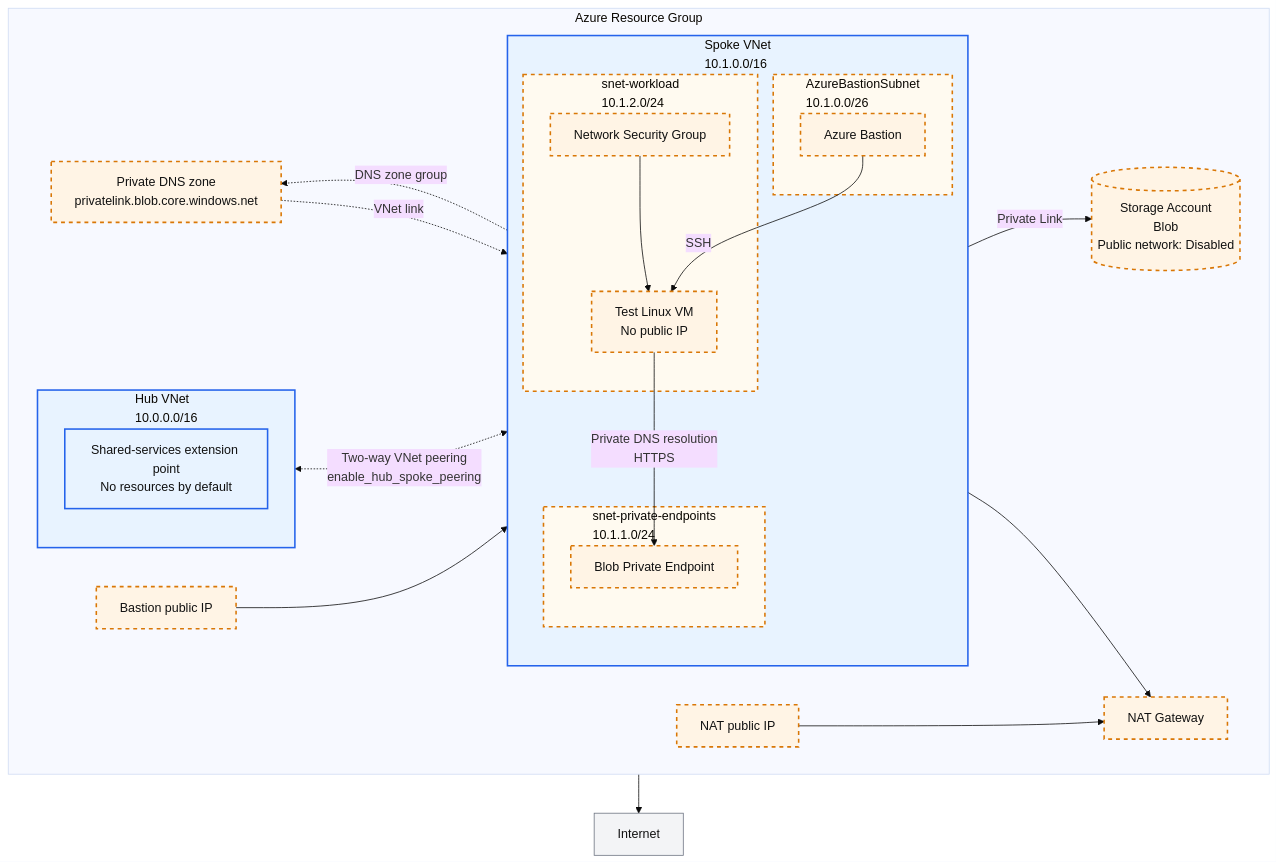
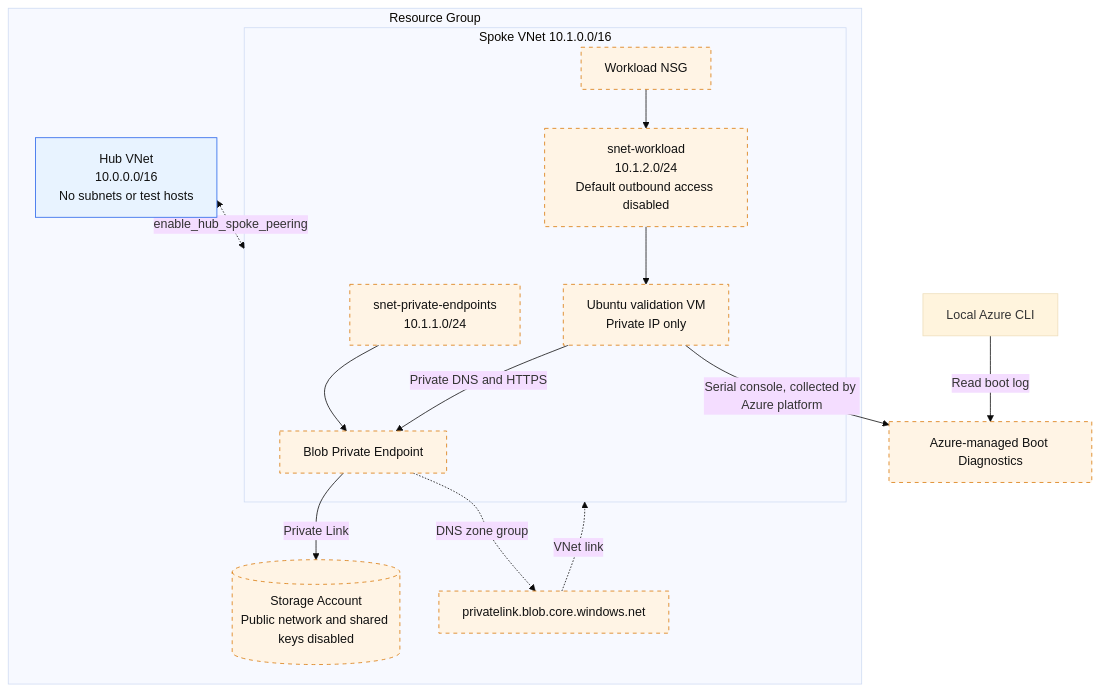
Before and after one commit to ks6088ts/template-terraform: the diagram in infra/scenarios/azure_hub_spoke/README.md, drawn with Mermaid (base theme). The commit also changed other lines of this file and 16 other files, not shown here.

First line of the commit message:
Refactor Azure Hub-Spoke Scenario: Remove Bastion and NAT Gateway, Enhance VM Connectivity Validation

````diff
--- a/infra/scenarios/azure_hub_spoke/README.md
+++ b/infra/scenarios/azure_hub_spoke/README.md
@@ -31,64 +21,32 @@
 ```mermaid
 flowchart TB
-    subgraph RG["Azure Resource Group"]
-        direction LR
+    subgraph RG["Resource Group"]
+        Hub["Hub VNet<br/>10.0.0.0/16<br/>No subnets or test hosts"]
+        subgraph Spoke["Spoke VNet 10.1.0.0/16"]
+            PESubnet["snet-private-endpoints<br/>10.1.1.0/24"]
+            PE["Blob Private Endpoint"]
+            Workload["snet-workload<br/>10.1.2.0/24<br/>Default outbound access disabled"]
+            NSG["Workload NSG"]
+            VM["Ubuntu validation VM<br/>Private IP only"]
+            PESubnet --> PE
+            Workload --> VM
+            NSG --> Workload
+        end
+        Storage[("Storage Account<br/>Public network and shared keys disabled")]
+        DNS["privatelink.blob.core.windows.net"]
+    end
+    Diagnostics["Azure-managed Boot Diagnostics"]
+    CLI["Local Azure CLI"]
+    Hub <-. "enable_hub_spoke_peering" .-> Spoke
+    DNS -. "VNet link" .-> Spoke
+    PE -. "DNS zone group" .-> DNS
+    PE -->|"Private Link"| Storage
+    VM -->|"Private DNS and HTTPS"| PE
+    VM -->|"Serial console, collected by Azure platform"| Diagnostics
+    CLI -->|"Read boot log"| Diagnostics
 
-        subgraph Hub["Hub VNet<br/>10.0.0.0/16"]
-            HubExtension["Shared-services extension point<br/>No resources by default"]
-        end
-
-        subgraph Spoke["Spoke VNet<br/>10.1.0.0/16"]
-            direction TB
-
-            subgraph PESubnet["snet-private-endpoints<br/>10.1.1.0/24"]
-                PE["Blob Private Endpoint"]
-            end
-
-            subgraph WorkloadSubnet["snet-workload<br/>10.1.2.0/24"]
-                NSG["Network Security Group"]
-                VM["Test Linux VM<br/>No public IP"]
-                NSG --> VM
-            end
-
-            subgraph BastionSubnet["AzureBastionSubnet<br/>10.1.0.0/26"]
-                Bastion["Azure Bastion"]
-            end
-        end
-
-        Storage[("Storage Account<br/>Blob<br/>Public network: Disabled")]
-        PrivateDNS["Private DNS zone<br/>privatelink.blob.core.windows.net"]
-        BastionPIP["Bastion public IP"]
-        NAT["NAT Gateway"]
-        NATPIP["NAT public IP"]
-    end
-
-    Internet["Internet"]
-
-    Hub <-. "Two-way VNet peering<br/>enable_hub_spoke_peering" .-> Spoke
-
-    PE -->|"Private Link"| Storage
-    PE -. "DNS zone group" .-> PrivateDNS
-    PrivateDNS -. "VNet link" .-> Spoke
-    VM -->|"Private DNS resolution<br/>HTTPS"| PE
-
-    BastionPIP --> Bastion
-    Bastion -->|"SSH"| VM
-
-    VM --> NAT
-    NATPIP --> NAT
-    NAT --> Internet
-
-    classDef defaultResource fill:#e8f3ff,stroke:#2563eb,stroke-width:2px,color:#111;
-    classDef optionalResource fill:#fff4e5,stroke:#d97706,stroke-width:2px,stroke-dasharray:5 5,color:#111;
-    classDef externalResource fill:#f3f4f6,stroke:#6b7280,stroke-width:1px,color:#111;
-
-    class HubExtension defaultResource;
-    class PE,NSG,VM,Bastion,Storage,PrivateDNS,BastionPIP,NAT,NATPIP optionalResource;
-    class Internet externalResource;
-
-    style Hub fill:#e8f3ff,stroke:#2563eb,stroke-width:2px
-    style Spoke fill:#e8f3ff,stroke:#2563eb,stroke-width:2px
-    style PESubnet fill:#fffaf0,stroke:#d97706,stroke-width:2px,stroke-dasharray:5 5
-    style WorkloadSubnet fill:#fffaf0,stroke:#d97706,stroke-width:2px,stroke-dasharray:5 5
-    style BastionSubnet fill:#fffaf0,stroke:#d97706,stroke-width:2px,stroke-dasharray:5 5
+    classDef defaultResource fill:#e8f3ff,stroke:#2563eb,color:#111;
+    classDef optionalResource fill:#fff4e5,stroke:#d97706,stroke-dasharray:5 5,color:#111;
+    class Hub defaultResource;
+    class PESubnet,PE,Workload,NSG,VM,Storage,DNS,Diagnostics optionalResource;
 ```
````
